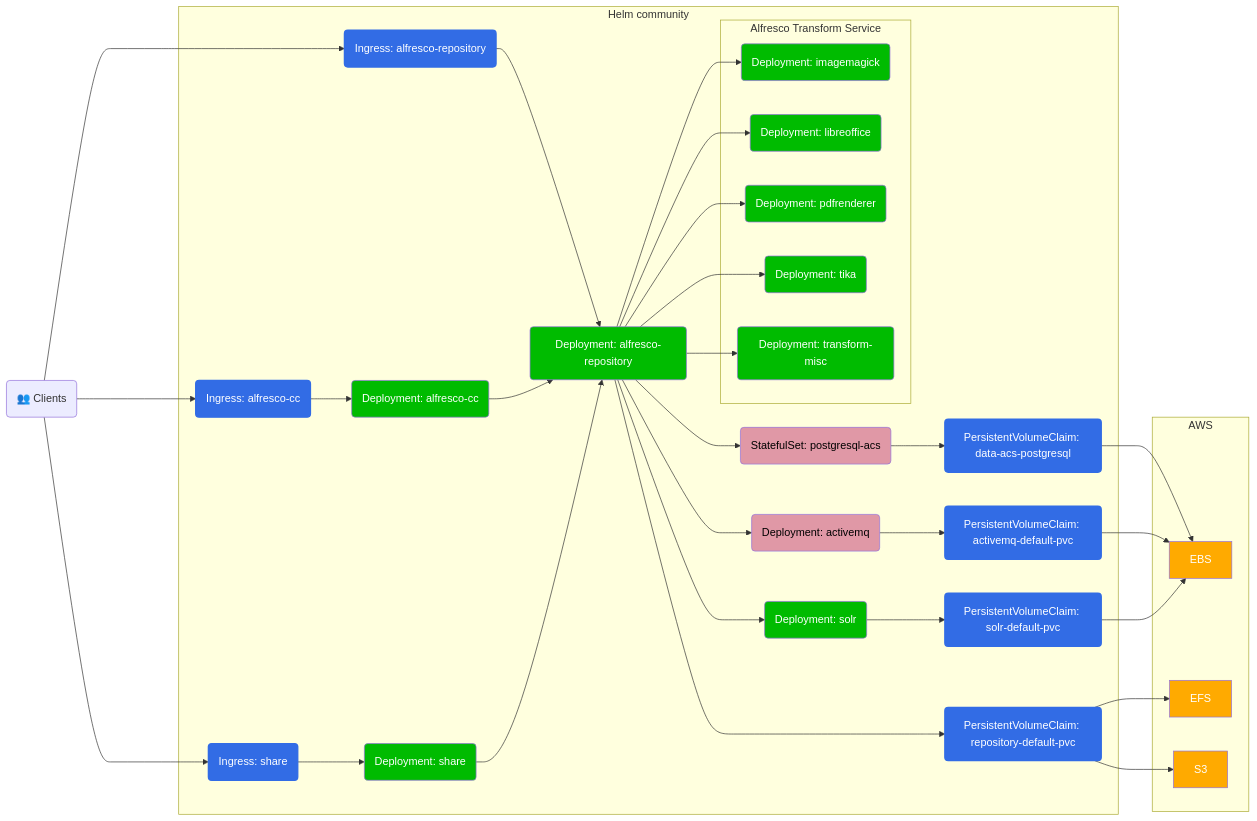
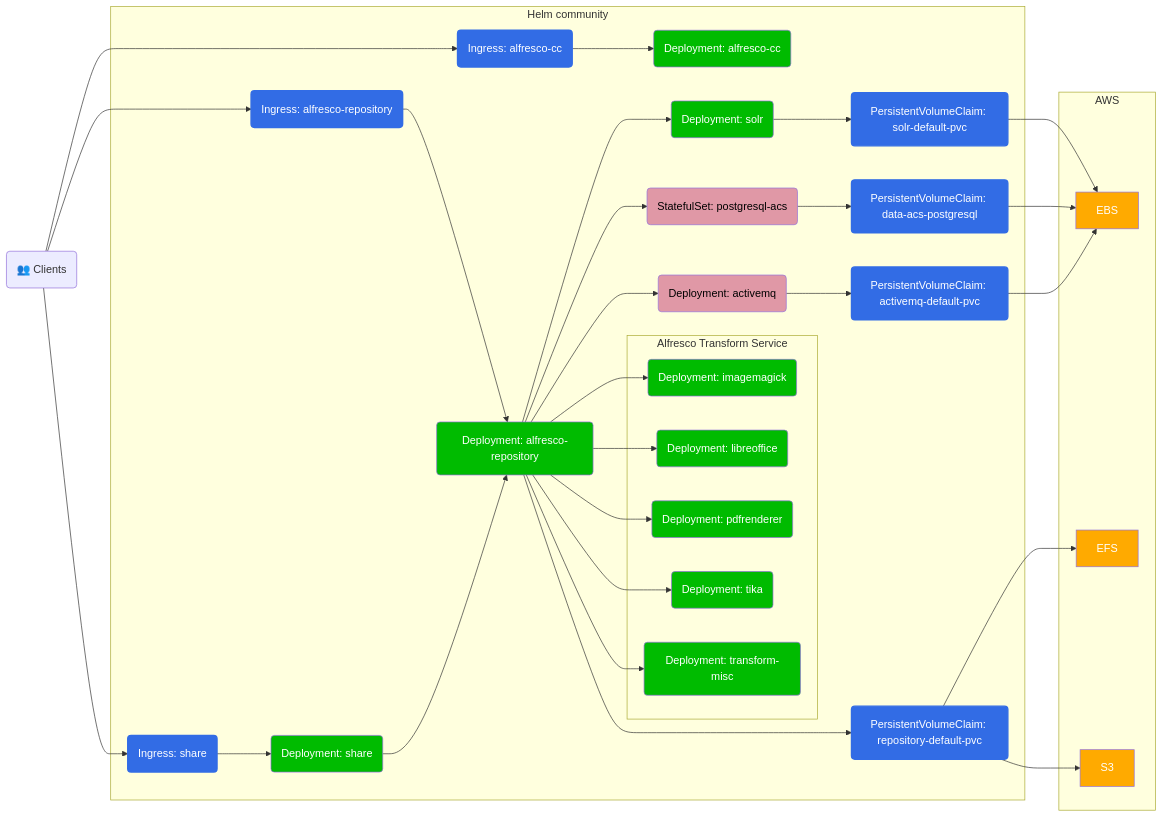
Before and after one commit to Alfresco/acs-deployment: the third of 3 diagrams in docs/helm/eks-deployment.md, drawn with Mermaid. The commit also changed other lines of this file, not shown here.

````diff
--- a/docs/helm/eks-deployment.md
+++ b/docs/helm/eks-deployment.md
@@ -17,60 +126,59 @@
 ```mermaid
 graph LR
 
 classDef alf fill:#0b0,color:#fff
 classDef aws fill:#fa0,color:#fff
 classDef k8s fill:#326ce5,stroke:#326ce5,stroke-width:2px,color:#fff
 classDef thrdP fill:#e098a6,color:#000
 
 Client("👥 Clients")
 
 subgraph Helm community
   PersistentVolumeClaim_activemq-default-pvc(PersistentVolumeClaim: activemq-default-pvc):::k8s
   PersistentVolumeClaim_repository-default-pvc(PersistentVolumeClaim: repository-default-pvc):::k8s
   PersistentVolumeClaim_solr-default-pvc(PersistentVolumeClaim: solr-default-pvc):::k8s
   PersistentVolumeClaim_data-acs-postgresql(PersistentVolumeClaim: data-acs-postgresql):::k8s
   Deployment_activemq(Deployment: activemq):::thrdP
   Deployment_alfresco-cc(Deployment: alfresco-cc):::alf
   Deployment_alfresco-repository(Deployment: alfresco-repository):::alf
   Deployment_solr(Deployment: solr):::alf
   Deployment_share(Deployment: share):::alf
   StatefulSet_postgresql-acs(StatefulSet: postgresql-acs):::thrdP
   Ingress_alfresco-cc(Ingress: alfresco-cc):::k8s
   Ingress_alfresco-repository(Ingress: alfresco-repository):::k8s
   Ingress_share(Ingress: share):::k8s
   subgraph "Alfresco Transform Service"
     Deployment_imagemagick(Deployment: imagemagick):::alf
     Deployment_libreoffice(Deployment: libreoffice):::alf
     Deployment_pdfrenderer(Deployment: pdfrenderer):::alf
     Deployment_tika(Deployment: tika):::alf
     Deployment_transform-misc(Deployment: transform-misc):::alf
   end
 end
 
 subgraph AWS
   EBS:::aws
   EFS:::aws
   S3:::aws
 end
 
 Client ----> Ingress_alfresco-cc --> Deployment_alfresco-cc
 Client --> Ingress_alfresco-repository --> Deployment_alfresco-repository
 Client --> Ingress_share --> Deployment_share
 
-Deployment_alfresco-cc --> Deployment_alfresco-repository
 Deployment_share --> Deployment_alfresco-repository
 
 Deployment_alfresco-repository --> Deployment_solr
 Deployment_alfresco-repository --> StatefulSet_postgresql-acs --> PersistentVolumeClaim_data-acs-postgresql --> EBS
 Deployment_alfresco-repository --> Deployment_activemq
 Deployment_alfresco-repository --> Deployment_imagemagick
 Deployment_alfresco-repository --> Deployment_libreoffice
 Deployment_alfresco-repository --> Deployment_pdfrenderer
 Deployment_alfresco-repository --> Deployment_tika
 Deployment_alfresco-repository --> Deployment_transform-misc
 
 Deployment_alfresco-repository ---> PersistentVolumeClaim_repository-default-pvc --> EFS
 PersistentVolumeClaim_repository-default-pvc --> S3
 Deployment_activemq --> PersistentVolumeClaim_activemq-default-pvc --> EBS
 Deployment_solr --> PersistentVolumeClaim_solr-default-pvc --> EBS
 ```
````
